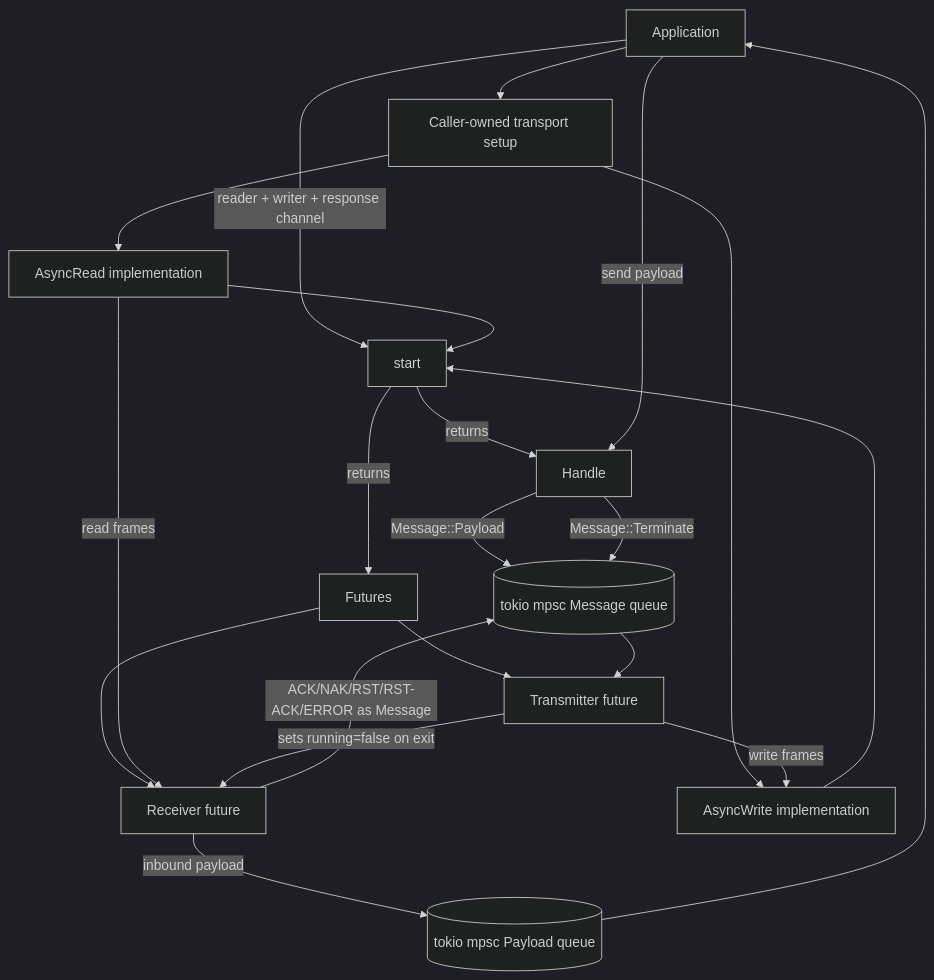
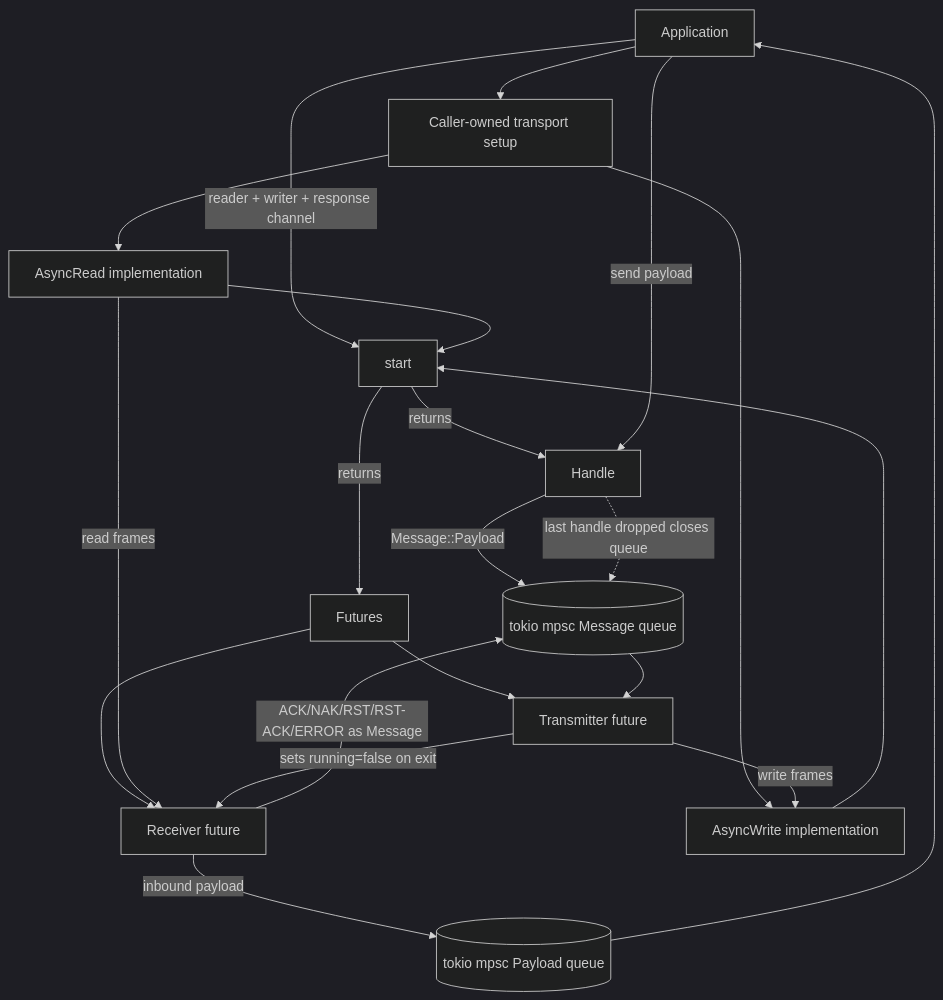
The first of 6 diagrams in ARCHITECTURE.md (PaulmannLighting/ashv2), drawn with Mermaid (dark theme) before and after one commit. The commit also changed other lines of this file and 13 other files, not shown here.

````diff
--- a/ARCHITECTURE.md
+++ b/ARCHITECTURE.md
@@ -23,35 +23,35 @@
 ```mermaid
 flowchart TD
     App[Application]
     Transport[Caller-owned transport setup]
     Start[start]
     Handle[Handle]
     Futures[Futures]
     Tx[Transmitter future]
     Rx[Receiver future]
     Reader[AsyncRead implementation]
     Writer[AsyncWrite implementation]
     MsgQ[(tokio mpsc Message queue)]
     RespQ[(tokio mpsc Payload queue)]
 
     App --> Transport
     Transport --> Reader
     Transport --> Writer
     App -->|reader + writer + response channel| Start
     Reader --> Start
     Writer --> Start
     Start -->|returns| Handle
     Start -->|returns| Futures
     Futures --> Tx
     Futures --> Rx
     App -->|send payload| Handle
     Handle -->|Message::Payload| MsgQ
     MsgQ --> Tx
     Tx -->|write frames| Writer
     Reader -->|read frames| Rx
     Rx -->|inbound payload| RespQ
     RespQ --> App
     Rx -->|ACK/NAK/RST/RST-ACK/ERROR as Message| MsgQ
-    Handle -->|Message::Terminate| MsgQ
+    Handle -.->|last handle dropped closes queue| MsgQ
     Tx -->|sets running=false on exit| Rx
 ```
````
